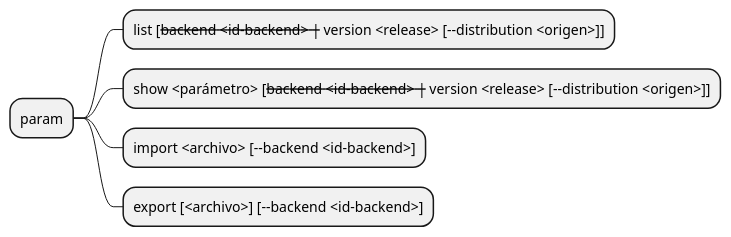
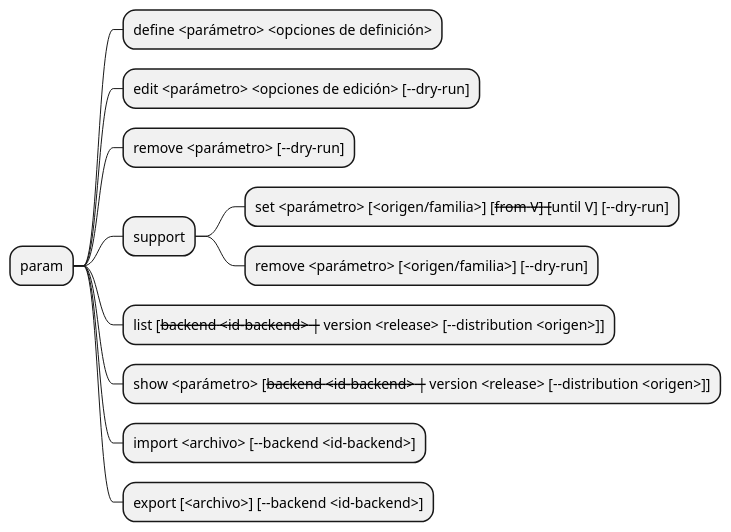
The fifth of 8 diagrams in docs/comandos.md (mstranich/coquena), drawn with PlantUML before and after one commit. The commit also changed other lines of this file and 31 other files, not shown here.

````diff
--- a/docs/comandos.md
+++ b/docs/comandos.md
@@ -207,9 +261,15 @@
 ```plantuml
 @startmindmap
 * param
+** define <parámetro> <opciones de definición>
+** edit <parámetro> <opciones de edición> [--dry-run]
+** remove <parámetro> [--dry-run]
+** support
+*** set <parámetro> [<origen/familia>] [--from V] [--until V] [--dry-run]
+*** remove <parámetro> [<origen/familia>] [--dry-run]
 ** list [--backend <id-backend> | --version <release> [--distribution <origen>]]
 ** show <parámetro> [--backend <id-backend> | --version <release> [--distribution <origen>]]
 ** import <archivo> [--backend <id-backend>]
 ** export [<archivo>] [--backend <id-backend>]
 @endmindmap
 ```
````
